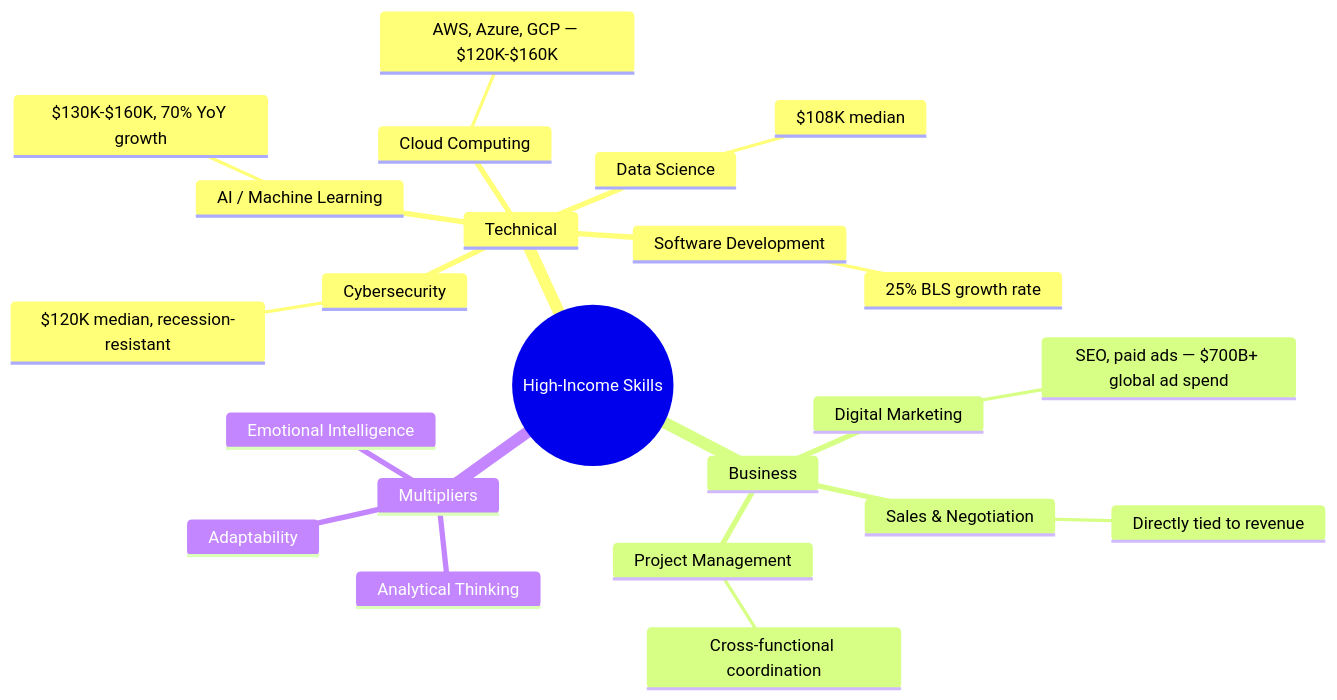
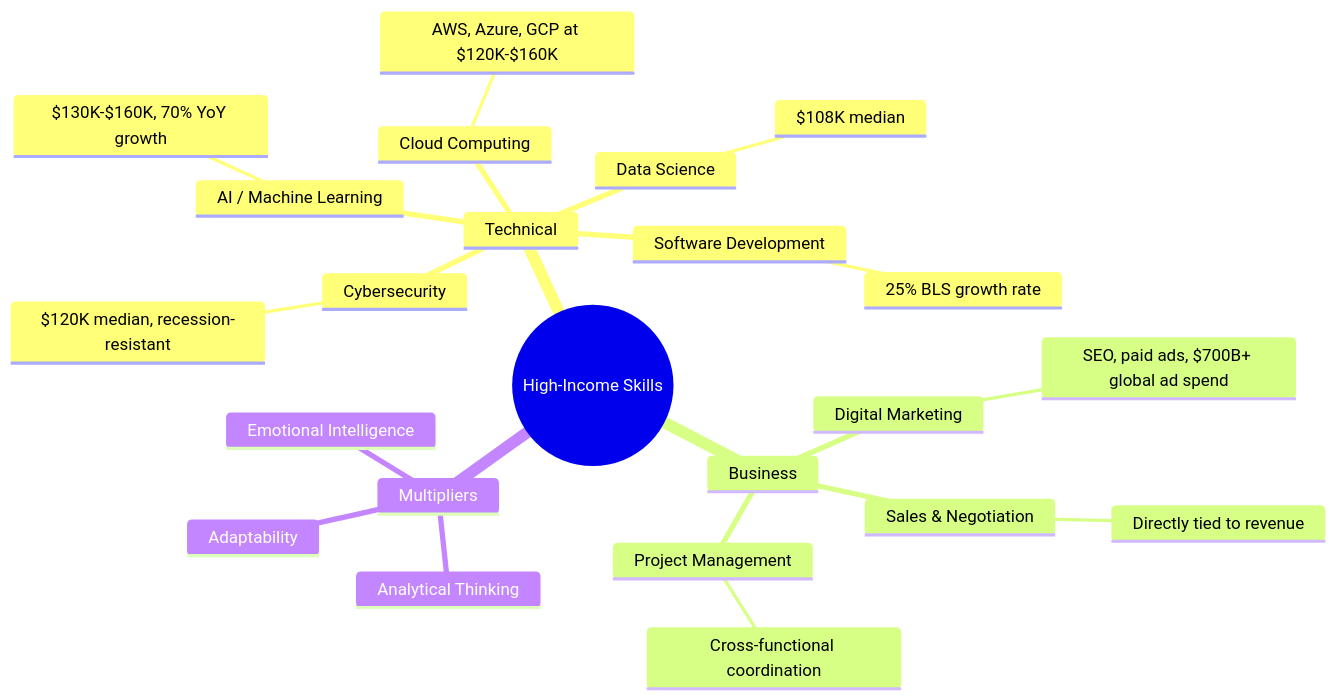
Before and after one commit to Cyvid7-Darus10/peak-self: the second of 9 diagrams in career/growth-system.md, drawn with Mermaid. The commit also changed other lines of this file and 12 other files, not shown here.

````diff
--- a/career/growth-system.md
+++ b/career/growth-system.md
@@ -29,26 +29,26 @@
 ```mermaid
 mindmap
   root((High-Income Skills))
     Technical
       AI / Machine Learning
         $130K-$160K, 70% YoY growth
       Cybersecurity
         $120K median, recession-resistant
       Cloud Computing
-        AWS, Azure, GCP — $120K-$160K
+        AWS, Azure, GCP at $120K-$160K
       Software Development
         25% BLS growth rate
       Data Science
         $108K median
     Business
       Digital Marketing
-        SEO, paid ads — $700B+ global ad spend
+        SEO, paid ads, $700B+ global ad spend
       Sales & Negotiation
         Directly tied to revenue
       Project Management
         Cross-functional coordination
     Multipliers
       Emotional Intelligence
       Adaptability
       Analytical Thinking
 ```
````
